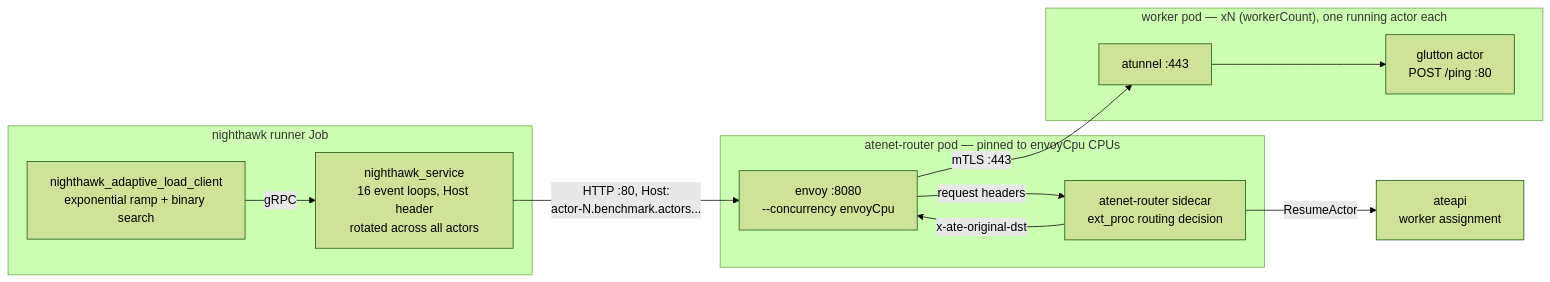
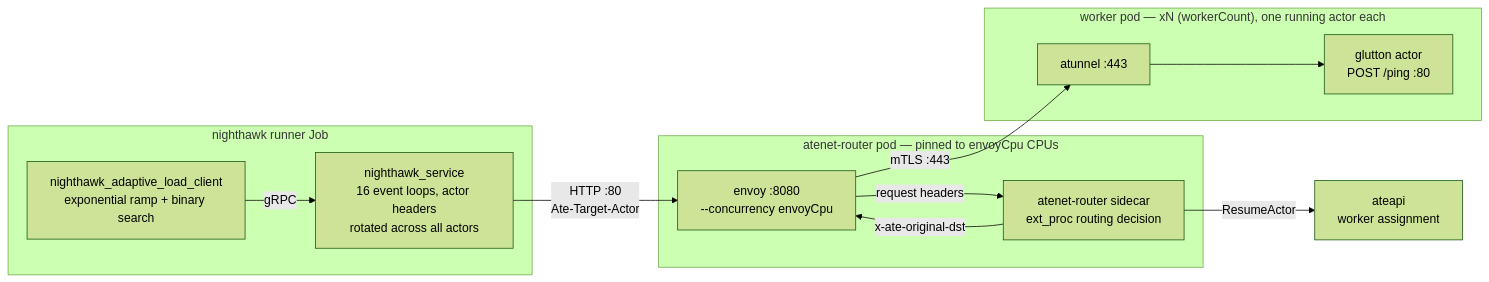
One commit to agent-substrate/substrate changed the first of 2 diagrams in benchmarking/nighthawk-ingress/README.md. Above: the diagram before and after it, drawn with Mermaid (forest theme). The commit also changed other lines of this file and 77 other files, not shown here.

Commit message:
Move from Host header to explicit headers for actor and atespace

````diff
--- a/benchmarking/nighthawk-ingress/README.md
+++ b/benchmarking/nighthawk-ingress/README.md
@@ -36,25 +36,25 @@
 ```mermaid
 flowchart LR
     subgraph job["nighthawk runner Job"]
         alc["nighthawk_adaptive_load_client<br/>exponential ramp + binary search"]
-        svc["nighthawk_service<br/>16 event loops, Host header<br/>rotated across all actors"]
+      svc["nighthawk_service<br/>16 event loops, actor headers<br/>rotated across all actors"]
         alc -->|gRPC| svc
     end
 
     subgraph pod["atenet-router pod — pinned to envoyCpu CPUs"]
         envoy["envoy :8080<br/>--concurrency envoyCpu"]
         extproc["atenet-router sidecar<br/>ext_proc routing decision"]
         envoy -->|request headers| extproc
         extproc -->|x-ate-original-dst| envoy
     end
 
     ateapi["ateapi<br/>worker assignment"]
 
     subgraph worker["worker pod — xN (workerCount), one running actor each"]
         atunnel["atunnel :443"] --> glutton["glutton actor<br/>POST /ping :80"]
     end
 
-    svc -->|"HTTP :80, Host:<br/>actor-N.benchmark.actors..."| envoy
+   svc -->|"HTTP :80<br/>Ate-Target-Actor"| envoy
     extproc -->|ResumeActor| ateapi
     envoy -->|"mTLS :443"| atunnel
 ```
````
